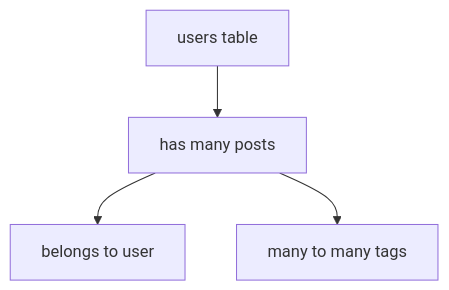
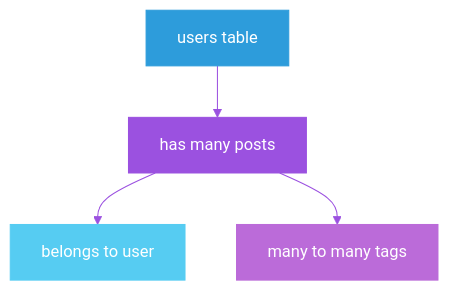
Diagram 12 of 13 in Graphs/Dev-Tasks-Diagrams.md (444Nazky/My-Vault), drawn with Mermaid before and after one commit. The commit also changed other lines of this file and 15 other files, not shown here.

````diff
--- a/Graphs/Dev-Tasks-Diagrams.md
+++ b/Graphs/Dev-Tasks-Diagrams.md
@@ -139,6 +206,11 @@
 ```mermaid
+%%{init: {'theme': 'default', 'themeVariables': { 'primaryColor': '#9B51E0', 'lineColor': '#9B51E0'}}}%%
 graph TD
  USER2["users table"] --> POSTS2["has many posts"]
  POSTS2 --> BELONG2["belongs to user"]
  POSTS2 --> TAGREL["many to many tags"]
+ style USER2 fill:#2D9CDB,stroke:#2D9CDB,color:#fff
+ style POSTS2 fill:#9B51E0,stroke:#9B51E0,color:#fff
+ style BELONG2 fill:#56CCF2,stroke:#56CCF2,color:#fff
+ style TAGREL fill:#BB6BD9,stroke:#BB6BD9,color:#fff
 ```
````
